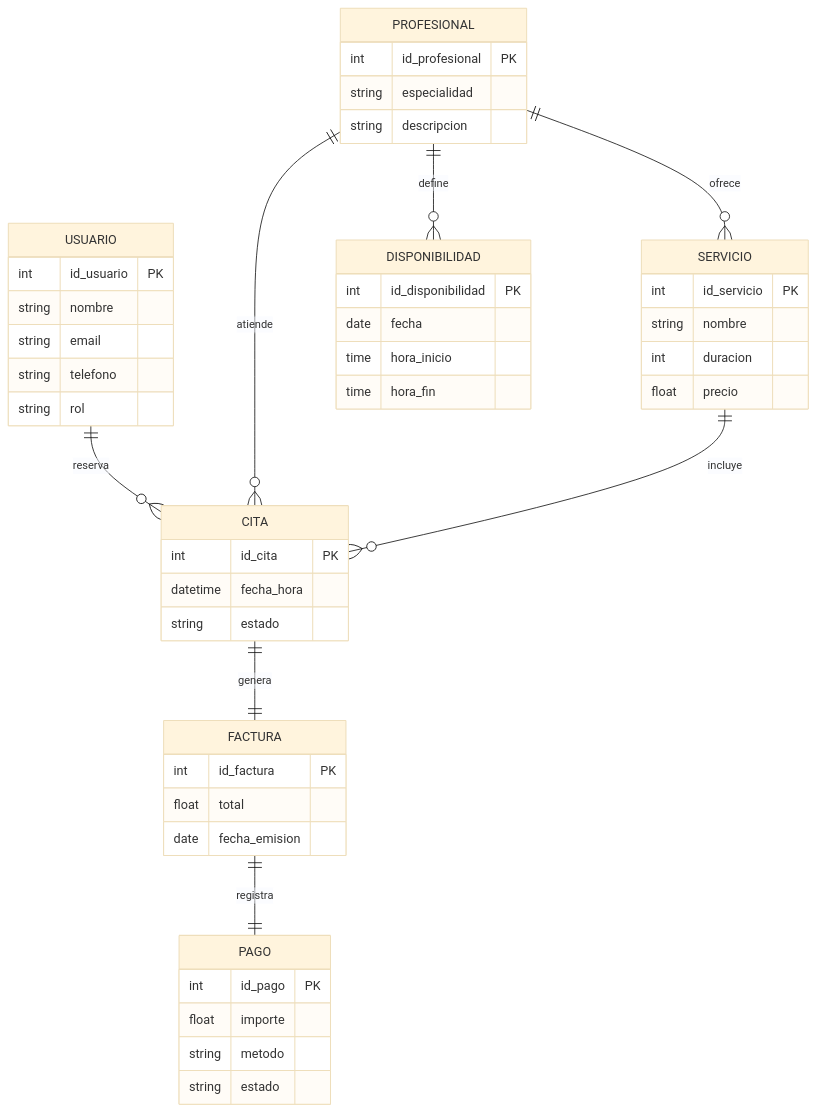
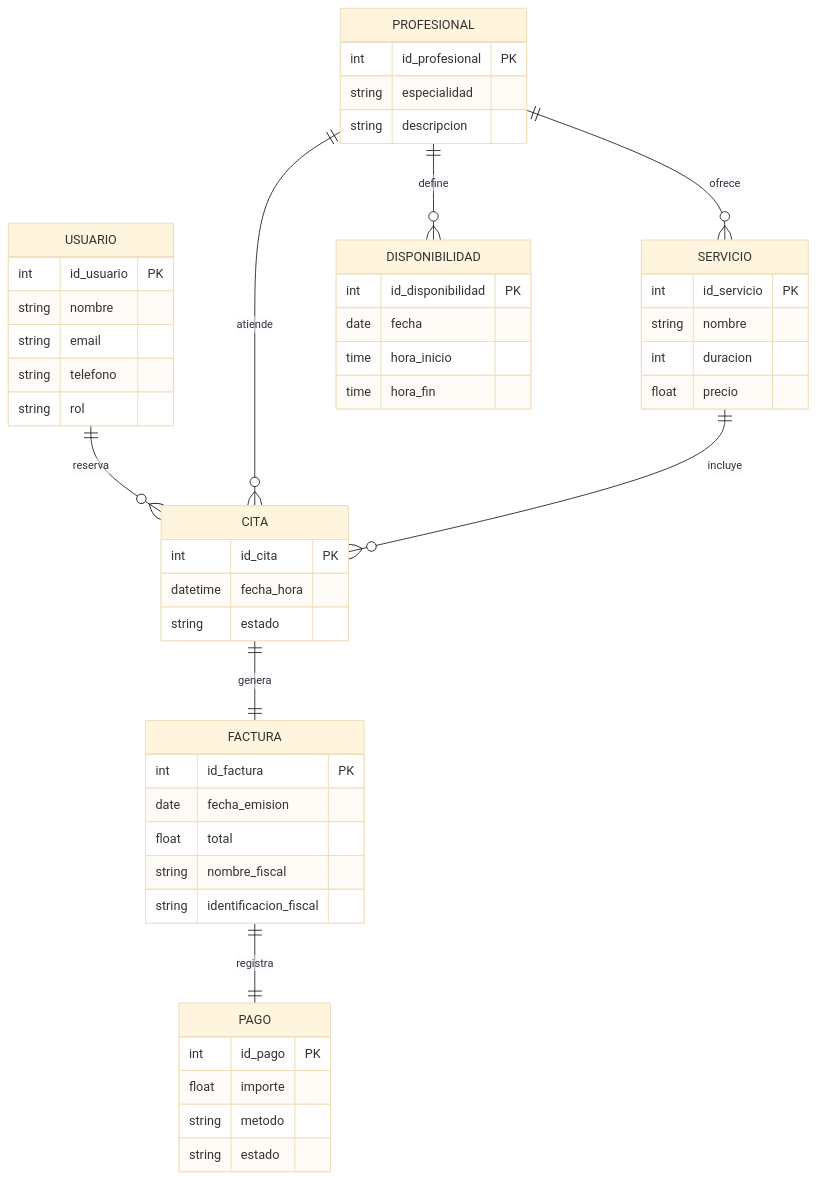
Before and after one commit to nerineaoi/tfg-plataforma-citas-docs: the diagram in bocetos/diagramaER.mmd, drawn with Mermaid (base theme).

Commit message:
Add fiscal name and ID to FACTURA entity

```diff
--- a/bocetos/diagramaER.mmd
+++ b/bocetos/diagramaER.mmd
@@ -1,55 +1,57 @@
 erDiagram
     USUARIO {
         int id_usuario PK
         string nombre
         string email
         string telefono
         string rol
     }
 
     PROFESIONAL {
         int id_profesional PK
         string especialidad
         string descripcion
     }
 
     SERVICIO {
         int id_servicio PK
         string nombre
         int duracion
         float precio
     }
 
     CITA {
         int id_cita PK
         datetime fecha_hora
         string estado
     }
 
     DISPONIBILIDAD {
         int id_disponibilidad PK
         date fecha
         time hora_inicio
         time hora_fin
     }
 
     FACTURA {
         int id_factura PK
+        date fecha_emision
         float total
-        date fecha_emision
+        string nombre_fiscal
+        string identificacion_fiscal
     }
 
     PAGO {
         int id_pago PK
         float importe
         string metodo
         string estado
     }
 
     USUARIO ||--o{ CITA : reserva
     PROFESIONAL ||--o{ CITA : atiende
     PROFESIONAL ||--o{ SERVICIO : ofrece
     SERVICIO ||--o{ CITA : incluye
     PROFESIONAL ||--o{ DISPONIBILIDAD : define
     CITA ||--|| FACTURA : genera
     FACTURA ||--|| PAGO : registra
```
